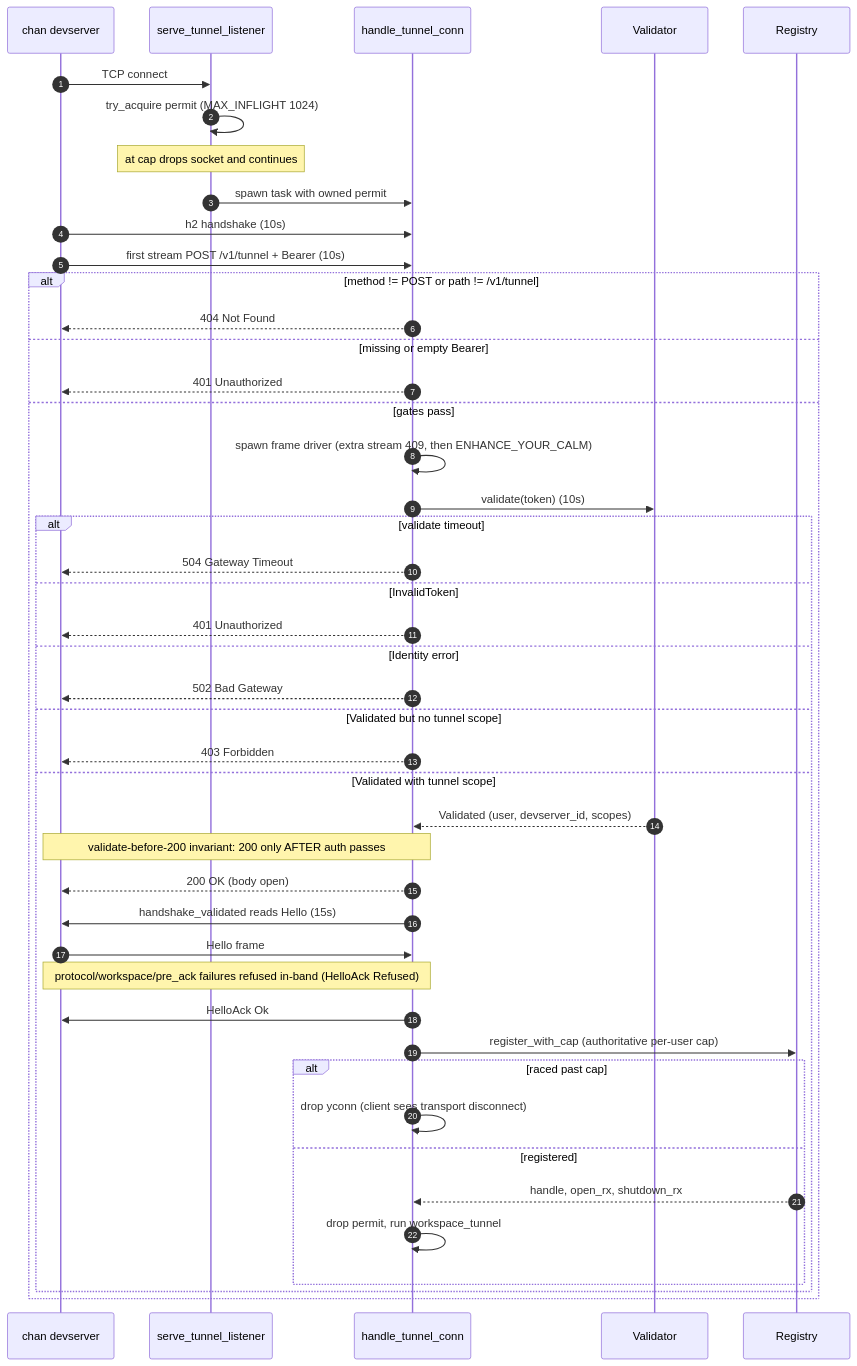
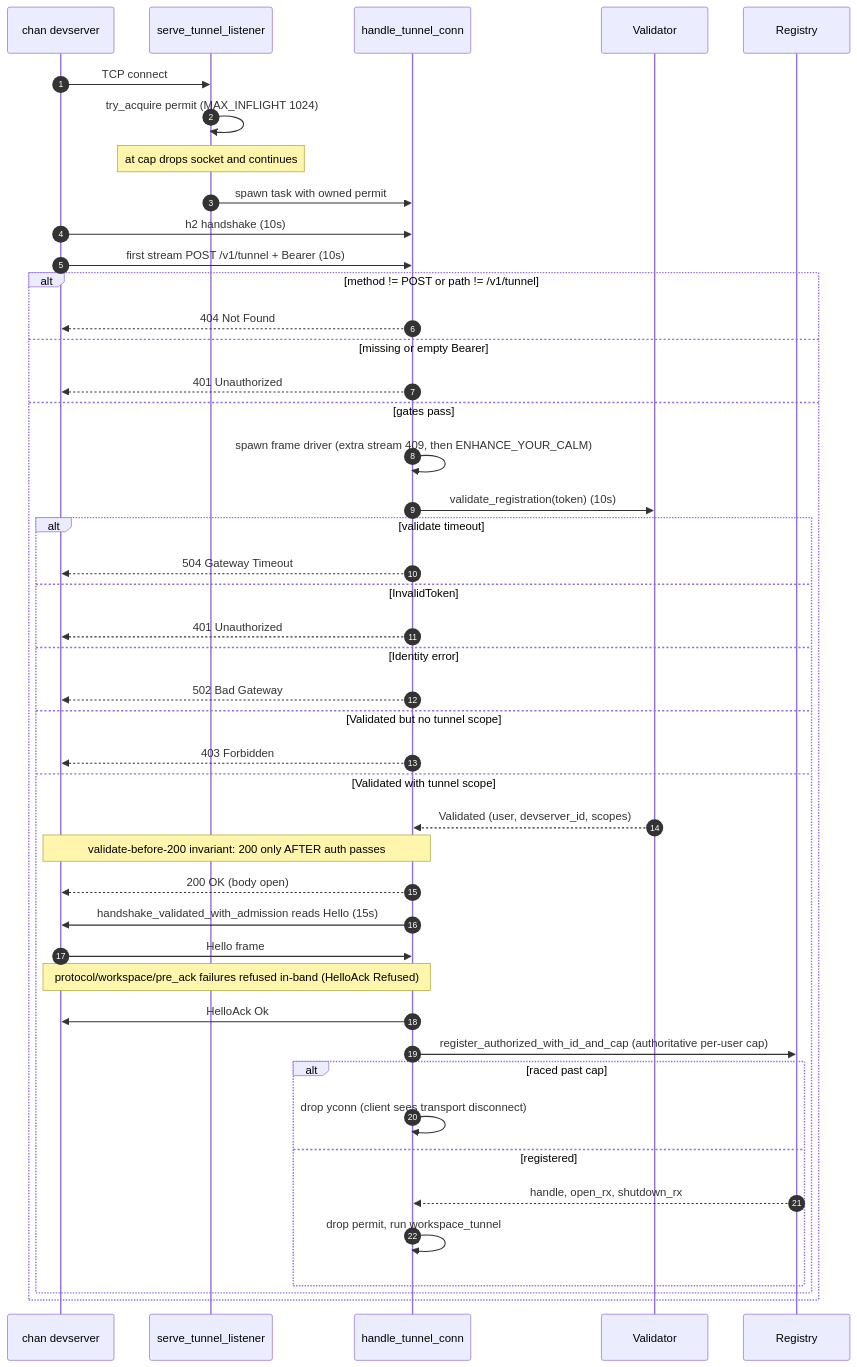
The second of 2 diagrams in crates/chan-tunnel-server/design.md (fiorix/chan), drawn with Mermaid before and after one commit. The commit also changed other lines of this file and 41 other files, not shown here.

````diff
--- a/crates/chan-tunnel-server/design.md
+++ b/crates/chan-tunnel-server/design.md
@@ -73,49 +73,49 @@
 ```mermaid
 sequenceDiagram
     autonumber
     participant C as chan devserver
     participant L as serve_tunnel_listener
     participant H as handle_tunnel_conn
     participant V as Validator
     participant R as Registry
 
     C->>L: TCP connect
     L->>L: try_acquire permit (MAX_INFLIGHT 1024)
     Note over L: at cap drops socket and continues
     L->>H: spawn task with owned permit
     C->>H: h2 handshake (10s)
     C->>H: first stream POST /v1/tunnel + Bearer (10s)
 
     alt method != POST or path != /v1/tunnel
         H-->>C: 404 Not Found
     else missing or empty Bearer
         H-->>C: 401 Unauthorized
     else gates pass
         H->>H: spawn frame driver (extra stream 409, then ENHANCE_YOUR_CALM)
-        H->>V: validate(token) (10s)
+        H->>V: validate_registration(token) (10s)
         alt validate timeout
             H-->>C: 504 Gateway Timeout
         else InvalidToken
             H-->>C: 401 Unauthorized
         else Identity error
             H-->>C: 502 Bad Gateway
         else Validated but no tunnel scope
             H-->>C: 403 Forbidden
         else Validated with tunnel scope
             V-->>H: Validated (user, devserver_id, scopes)
             Note over H,C: validate-before-200 invariant: 200 only AFTER auth passes
             H-->>C: 200 OK (body open)
-            H->>C: handshake_validated reads Hello (15s)
+            H->>C: handshake_validated_with_admission reads Hello (15s)
             C->>H: Hello frame
             Note over H,C: protocol/workspace/pre_ack failures refused in-band (HelloAck Refused)
             H->>C: HelloAck Ok
-            H->>R: register_with_cap (authoritative per-user cap)
+            H->>R: register_authorized_with_id_and_cap (authoritative per-user cap)
             alt raced past cap
                 H->>H: drop yconn (client sees transport disconnect)
             else registered
                 R-->>H: handle, open_rx, shutdown_rx
                 H->>H: drop permit, run workspace_tunnel
             end
         end
     end
 ```
````
